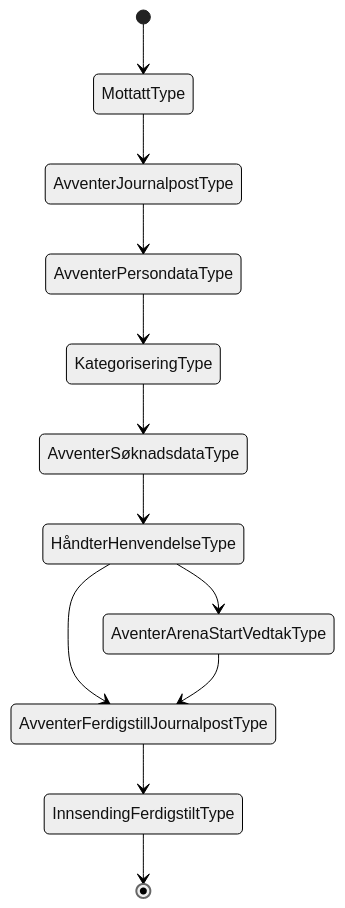
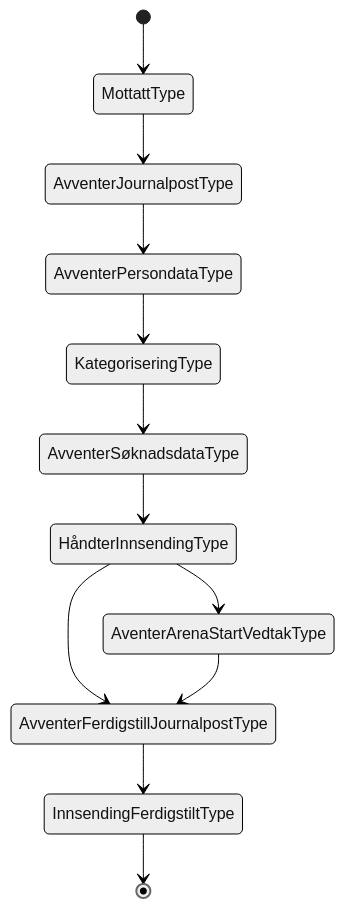
Before and after one commit to navikt/dp-mottak: the diagram in docs/arkitektur/tilstander/NAV 04-01.03.approved.md, drawn with Mermaid (neutral theme). The commit also changed 24 other files, not shown here.

````diff
--- a/docs/arkitektur/tilstander/NAV 04-01.03.approved.md
+++ b/docs/arkitektur/tilstander/NAV 04-01.03.approved.md
@@ -3,14 +3,14 @@
 ```mermaid
    stateDiagram
    [*]-->MottattType
    	MottattType --> AvventerJournalpostType
 	AvventerJournalpostType --> AvventerPersondataType
 	AvventerPersondataType --> KategoriseringType
 	KategoriseringType --> AvventerSøknadsdataType
-    AvventerSøknadsdataType --> HåndterHenvendelseType
-    HåndterHenvendelseType --> AventerArenaStartVedtakType
-    HåndterHenvendelseType --> AvventerFerdigstillJournalpostType
+    AvventerSøknadsdataType --> HåndterInnsendingType
+    HåndterInnsendingType --> AventerArenaStartVedtakType
+    HåndterInnsendingType --> AvventerFerdigstillJournalpostType
 	AventerArenaStartVedtakType --> AvventerFerdigstillJournalpostType
 	AvventerFerdigstillJournalpostType --> InnsendingFerdigstiltType
    InnsendingFerdigstiltType--> [*]    
 ```
````
